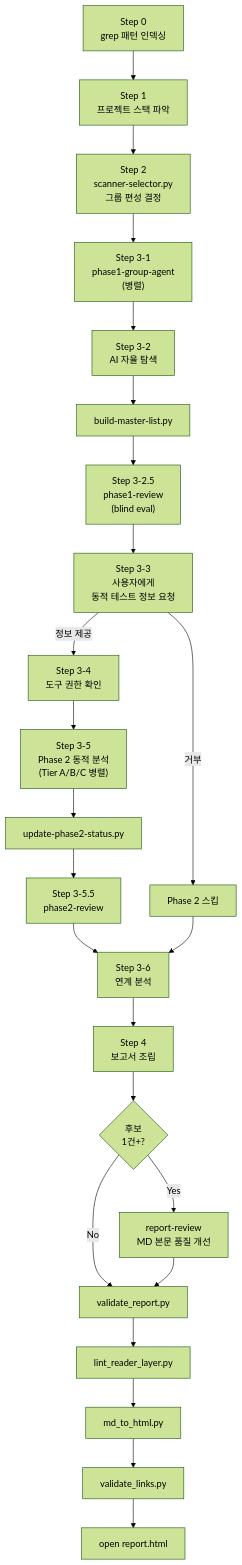
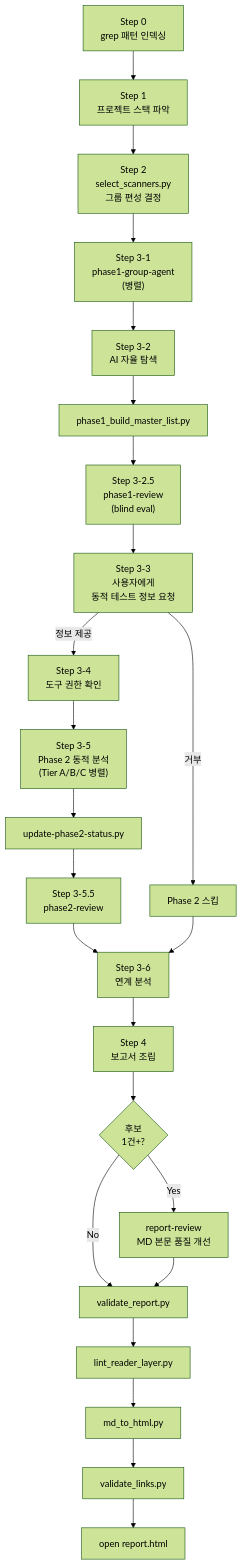
One commit to nomarlhack/noah-sast changed the first of 2 diagrams in skills/sast/docs/pipeline.md. Above: the diagram before and after it, drawn with Mermaid (forest theme). The commit also changed other lines of this file and 25 other files, not shown here.

````diff
--- a/skills/sast/docs/pipeline.md
+++ b/skills/sast/docs/pipeline.md
@@ -7,26 +7,26 @@
 ```mermaid
 flowchart TD
     S0["Step 0<br/>grep 패턴 인덱싱"] --> S1["Step 1<br/>프로젝트 스택 파악"]
-    S1 --> S2["Step 2<br/>scanner-selector.py<br/>그룹 편성 결정"]
+    S1 --> S2["Step 2<br/>select_scanners.py<br/>그룹 편성 결정"]
     S2 --> S31["Step 3-1<br/>phase1-group-agent<br/>(병렬)"]
     S31 --> S32["Step 3-2<br/>AI 자율 탐색"]
-    S32 --> ML["build-master-list.py"]
+    S32 --> ML["phase1_build_master_list.py"]
     ML --> S325["Step 3-2.5<br/>phase1-review<br/>(blind eval)"]
     S325 --> S33["Step 3-3<br/>사용자에게<br/>동적 테스트 정보 요청"]
     S33 -->|정보 제공| S34["Step 3-4<br/>도구 권한 확인"]
     S33 -->|거부| Skip["Phase 2 스킵"]
     S34 --> S35["Step 3-5<br/>Phase 2 동적 분석<br/>(Tier A/B/C 병렬)"]
     S35 --> UP2["update-phase2-status.py"]
     UP2 --> S355["Step 3-5.5<br/>phase2-review"]
     S355 --> S36["Step 3-6<br/>연계 분석"]
     Skip --> S36
     S36 --> S4["Step 4<br/>보고서 조립"]
     S4 --> RR{"후보<br/>1건+?"}
     RR -->|Yes| RRV["report-review<br/>MD 본문 품질 개선"]
     RR -->|No| VAL["validate_report.py"]
     RRV --> VAL
     VAL --> LINT["lint_reader_layer.py"]
     LINT --> HTML["md_to_html.py"]
     HTML --> LINK["validate_links.py"]
     LINK --> OPEN["open report.html"]
 ```
````
